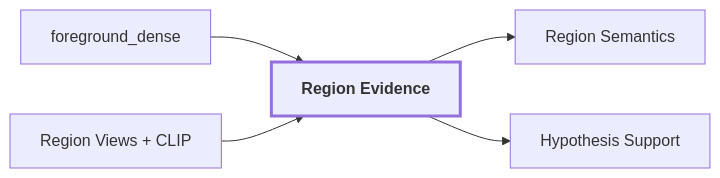
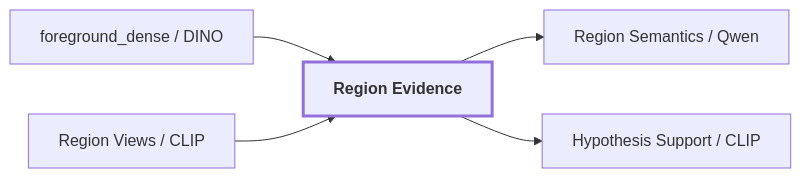
Before and after one commit to Alexandre-Tortoza/contextual-3d-mapping: the diagram in docs/06-region-evidence.md, drawn with Mermaid. The commit also changed other lines of this file, not shown here.

Commit message:
docs: expand region evidence explanation

````diff
--- a/docs/06-region-evidence.md
+++ b/docs/06-region-evidence.md
@@ -5,8 +5,8 @@
 ```mermaid
 flowchart LR
-    A["foreground_dense"] --> B["Region Evidence"]:::current
-    C["Region Views + CLIP"] --> B
-    B --> D["Region Semantics"]
-    B --> E["Hypothesis Support"]
+    A["foreground_dense / DINO"] --> B["Region Evidence"]:::current
+    C["Region Views / CLIP"] --> B
+    B --> D["Region Semantics / Qwen"]
+    B --> E["Hypothesis Support / CLIP"]
     classDef current stroke-width:3px,font-weight:bold;
 ```
````
